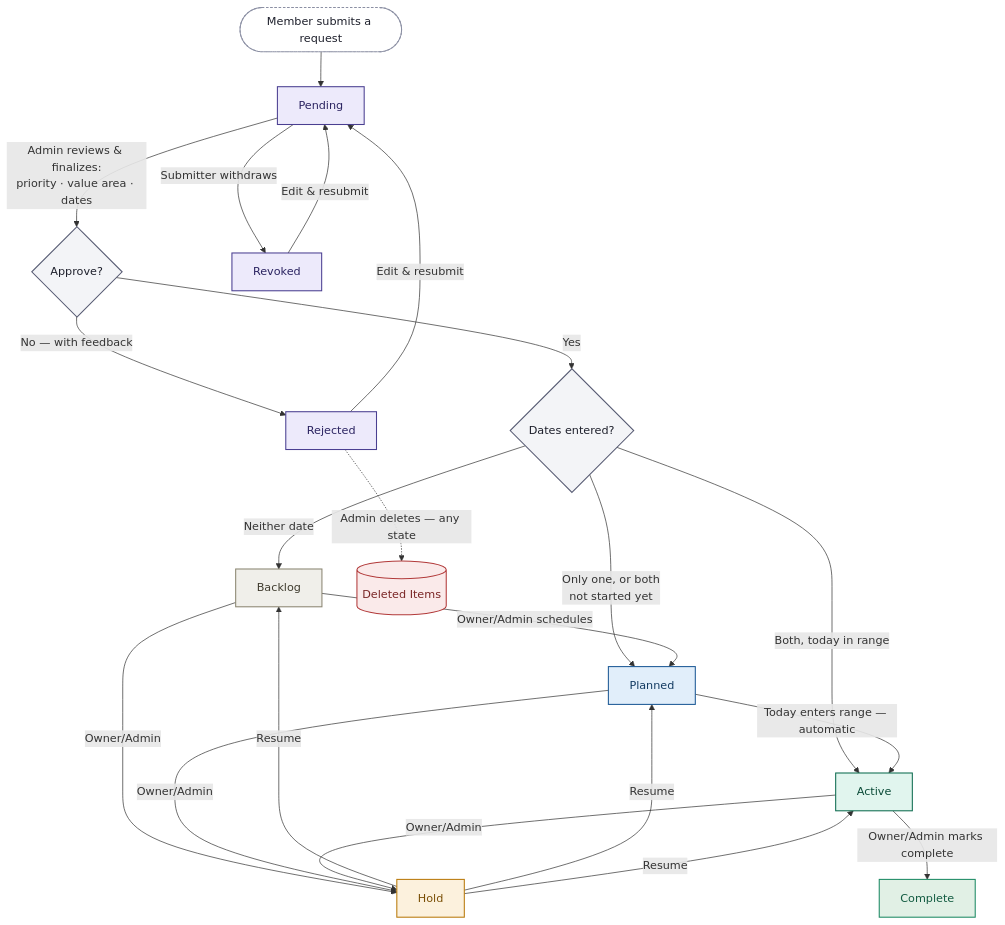
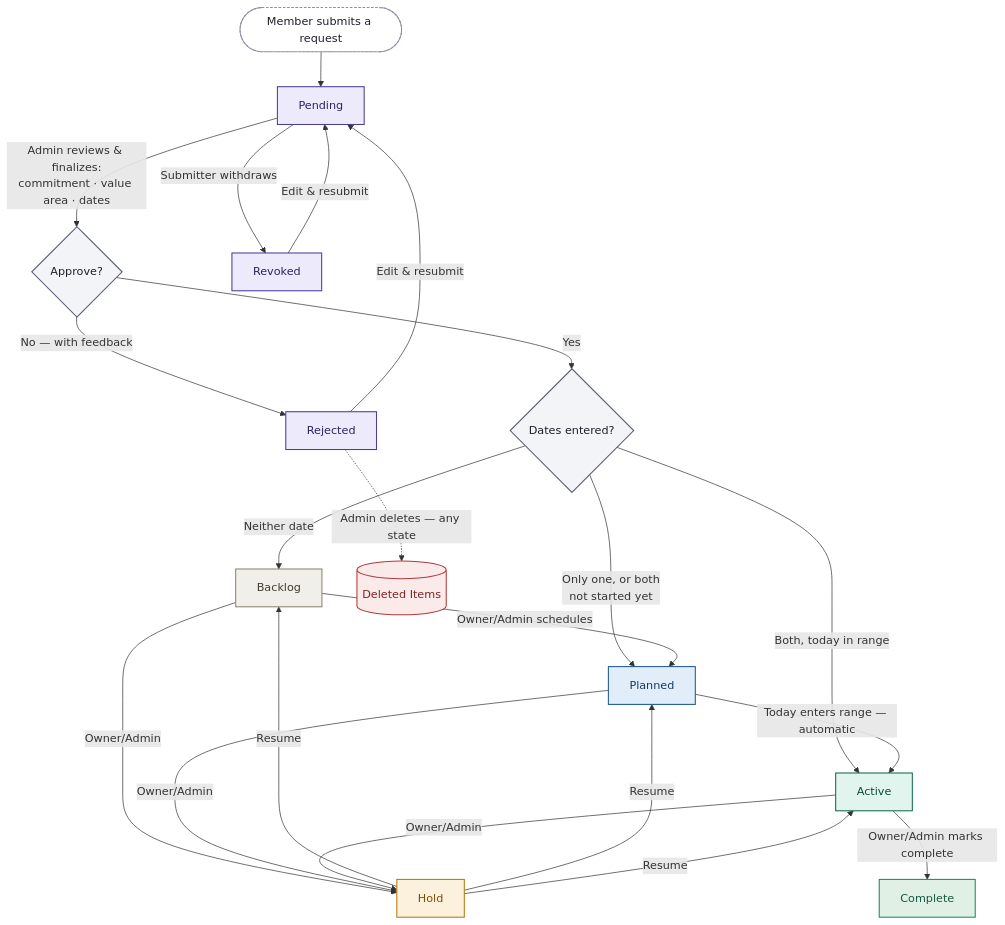
Before and after one commit to liz-connectamerica/pmo-hub: the diagram in docs/admin-guide.md, drawn with Mermaid. The commit also changed other lines of this file and 1 other file, not shown here.

Commit message:
Docs: catch remaining lowercase Priority mentions missed in the first pass

```diff
--- a/docs/admin-guide.md
+++ b/docs/admin-guide.md
@@ -38,47 +38,47 @@
 <pre class="mermaid">
 flowchart TD
     Submit(["Member submits a request"]) --> Pending["Pending"]
-    Pending -->|"Admin reviews &amp; finalizes:<br/>priority · value area · dates"| Decision{"Approve?"}
+    Pending -->|"Admin reviews &amp; finalizes:<br/>commitment · value area · dates"| Decision{"Approve?"}
     Pending -->|"Submitter withdraws"| Revoked["Revoked"]
     Decision -->|"No — with feedback"| Rejected["Rejected"]
     Decision -->|"Yes"| Stage{"Dates entered?"}
 
     Rejected -->|"Edit &amp; resubmit"| Pending
     Revoked -->|"Edit &amp; resubmit"| Pending
 
     Stage -->|"Neither date"| Backlog["Backlog"]
     Stage -->|"Only one, or both<br/>not started yet"| Planned["Planned"]
     Stage -->|"Both, today in range"| Active["Active"]
 
     Backlog -->|"Owner/Admin schedules"| Planned
     Planned -->|"Today enters range — automatic"| Active
     Backlog -->|"Owner/Admin"| Hold["Hold"]
     Planned -->|"Owner/Admin"| Hold
     Active -->|"Owner/Admin"| Hold
     Hold -->|"Resume"| Backlog
     Hold -->|"Resume"| Planned
     Hold -->|"Resume"| Active
     Active -->|"Owner/Admin marks complete"| Complete["Complete"]
 
     Rejected -.->|"Admin deletes — any state"| Deleted[("Deleted Items")]
 
     classDef startNode fill:#FFFFFF,stroke:#8B8FA3,color:#1D1F2B,stroke-width:1.5px,stroke-dasharray:3 3;
     classDef reqNode fill:#EDEAFB,stroke:#4A3F91,color:#2A2360,stroke-width:1.5px;
     classDef decisionNode fill:#F3F4F7,stroke:#565A72,color:#1D1F2B,stroke-width:1.5px;
     classDef backlogNode fill:#F0EFEA,stroke:#8B8672,color:#3F3B2E,stroke-width:1.5px;
     classDef plannedNode fill:#E1EEFA,stroke:#1D5A96,color:#123A61,stroke-width:1.5px;
     classDef activeNode fill:#E1F5EE,stroke:#0D6B4F,color:#0A4A37,stroke-width:1.5px;
     classDef holdNode fill:#FCF1DD,stroke:#B9790A,color:#7A4F06,stroke-width:1.5px;
     classDef completeNode fill:#E1F0E5,stroke:#1C8A63,color:#125B41,stroke-width:1.5px;
     classDef deletedNode fill:#FAEAEA,stroke:#B23A3A,color:#7A2626,stroke-width:1.5px;
 
     class Submit startNode
     class Pending,Rejected,Revoked reqNode
     class Decision,Stage decisionNode
     class Backlog backlogNode
     class Planned plannedNode
     class Active activeNode
     class Hold holdNode
     class Complete completeNode
     class Deleted deletedNode
 </pre>
```
